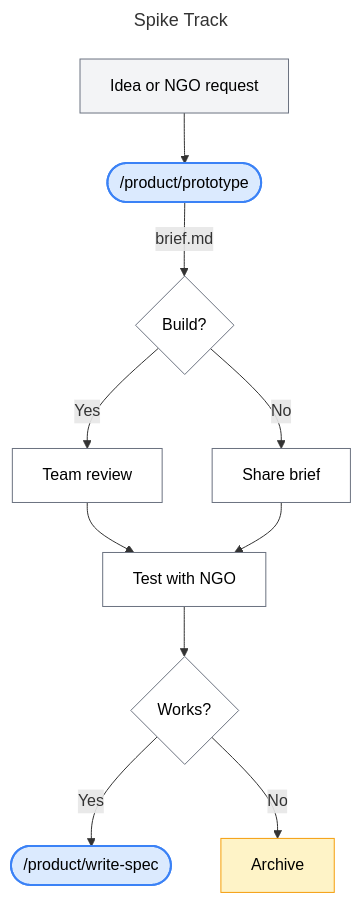
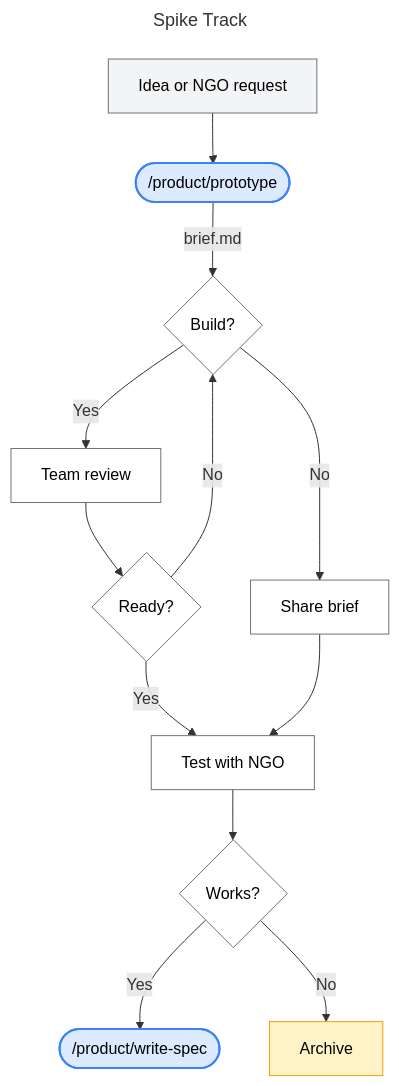
One commit to DalgoT4D/dalgo-core changed the first of 2 diagrams in README.md. Above: the diagram before and after it, drawn with Mermaid.

````diff
--- a/README.md
+++ b/README.md
@@ -58,25 +58,28 @@
 ```mermaid
 ---
 title: Spike Track
 ---
 flowchart TD
     A["Idea or NGO request"] --> B(["/product/prototype"])
     B --> |"brief.md"| C{"Build?"}
     C --> |Yes| D["Team review"]
     C --> |No| E["Share brief"]
-    D --> F["Test with NGO"]
+    D --> R{Ready?}
+    R --> |Yes| F["Test with NGO"]
+    R --> |No| C
     E --> F
     F --> G{Works?}
     G --> |Yes| H(["/product/write-spec"])
     G --> |No| I["Archive"]
 
     style A fill:#f3f4f6,stroke:#6b7280,color:#000
     style B fill:#dbeafe,stroke:#3b82f6,color:#000,stroke-width:2px
     style C fill:#fff,stroke:#6b7280,color:#000
     style D fill:#fff,stroke:#6b7280,color:#000
+    style R fill:#fff,stroke:#6b7280,color:#000
     style E fill:#fff,stroke:#6b7280,color:#000
     style F fill:#fff,stroke:#6b7280,color:#000
     style G fill:#fff,stroke:#6b7280,color:#000
     style H fill:#dbeafe,stroke:#3b82f6,color:#000,stroke-width:2px
     style I fill:#fef3c7,stroke:#f59e0b,color:#000
 ```
````
